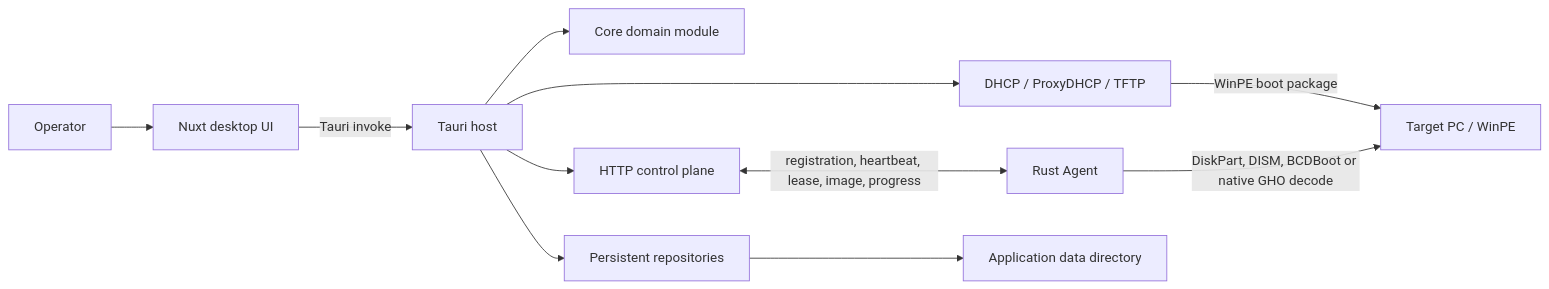
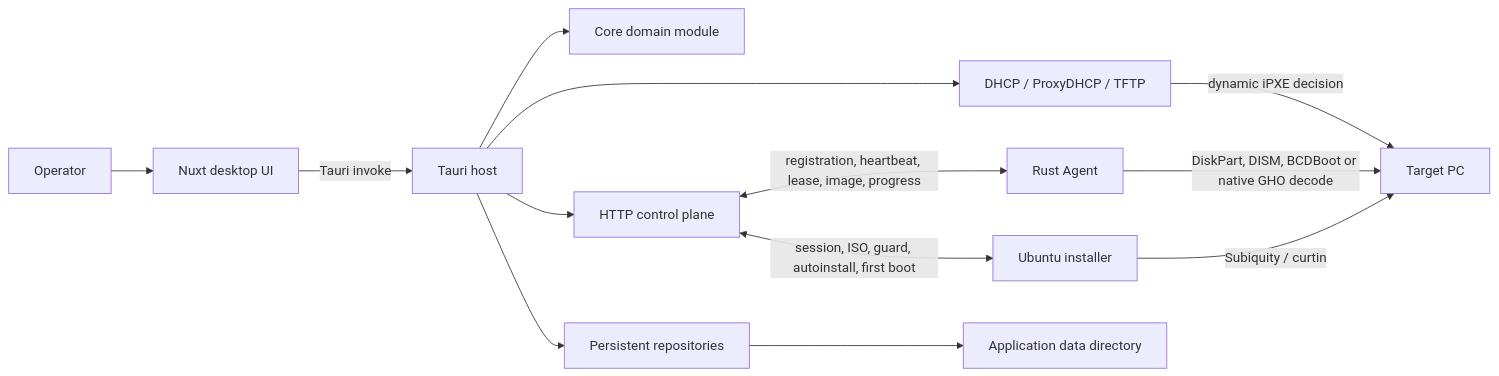
Before and after one commit to Bald-M/EasyDeployMesh: the first of 3 diagrams in DESIGN.md, drawn with Mermaid. The commit also changed other lines of this file and 29 other files, not shown here.

First line of the commit message:
feat(deployment): add guarded Ubuntu installer flow

````diff
--- a/DESIGN.md
+++ b/DESIGN.md
@@ -33,13 +41,15 @@
 ```mermaid
 flowchart LR
     Operator["Operator"] --> UI["Nuxt desktop UI"]
     UI -->|"Tauri invoke"| Host["Tauri host"]
     Host --> Core["Core domain module"]
     Host --> Repos["Persistent repositories"]
     Host --> CP["HTTP control plane"]
     Host --> PXE["DHCP / ProxyDHCP / TFTP"]
-    PXE -->|"WinPE boot package"| Target["Target PC / WinPE"]
+    PXE -->|"dynamic iPXE decision"| Target["Target PC"]
     CP <-->|"registration, heartbeat, lease, image, progress"| Agent["Rust Agent"]
     Agent -->|"DiskPart, DISM, BCDBoot or native GHO decode"| Target
+    CP <-->|"session, ISO, guard, autoinstall, first boot"| Installer["Ubuntu installer"]
+    Installer -->|"Subiquity / curtin"| Target
     Repos --> Data["Application data directory"]
 ```
````
